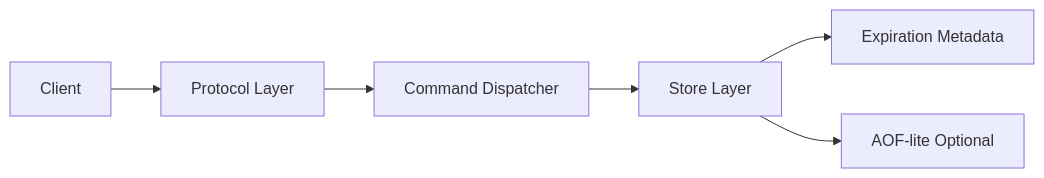
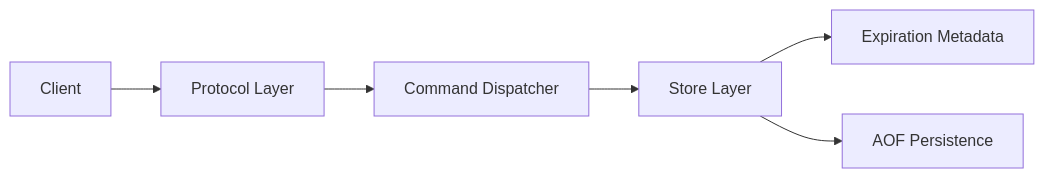
Before and after one commit to chaekang/WEEK3_Mini_Redis: the diagram in docs/02-architecture.md, drawn with Mermaid. The commit also changed other lines of this file and 2 other files, not shown here.

Commit message:
docs:update-aof-spec

````diff
--- a/docs/02-architecture.md
+++ b/docs/02-architecture.md
@@ -11,8 +11,8 @@
 ```mermaid
 flowchart LR
     C[Client] --> P[Protocol Layer]
     P --> D[Command Dispatcher]
     D --> S[Store Layer]
     S --> E[Expiration Metadata]
-    S --> A[AOF-lite Optional]
+    S --> A[AOF Persistence]
 ```
````
